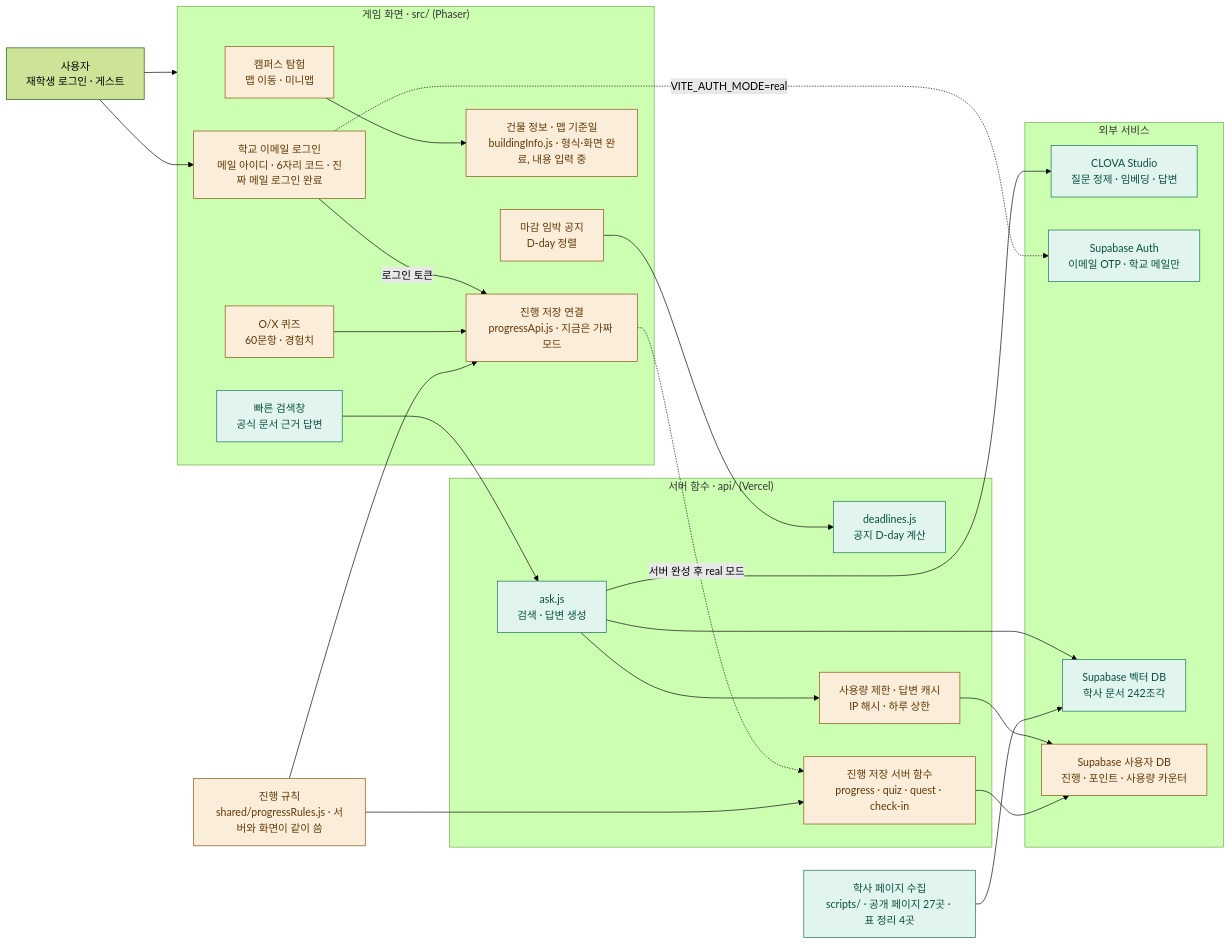
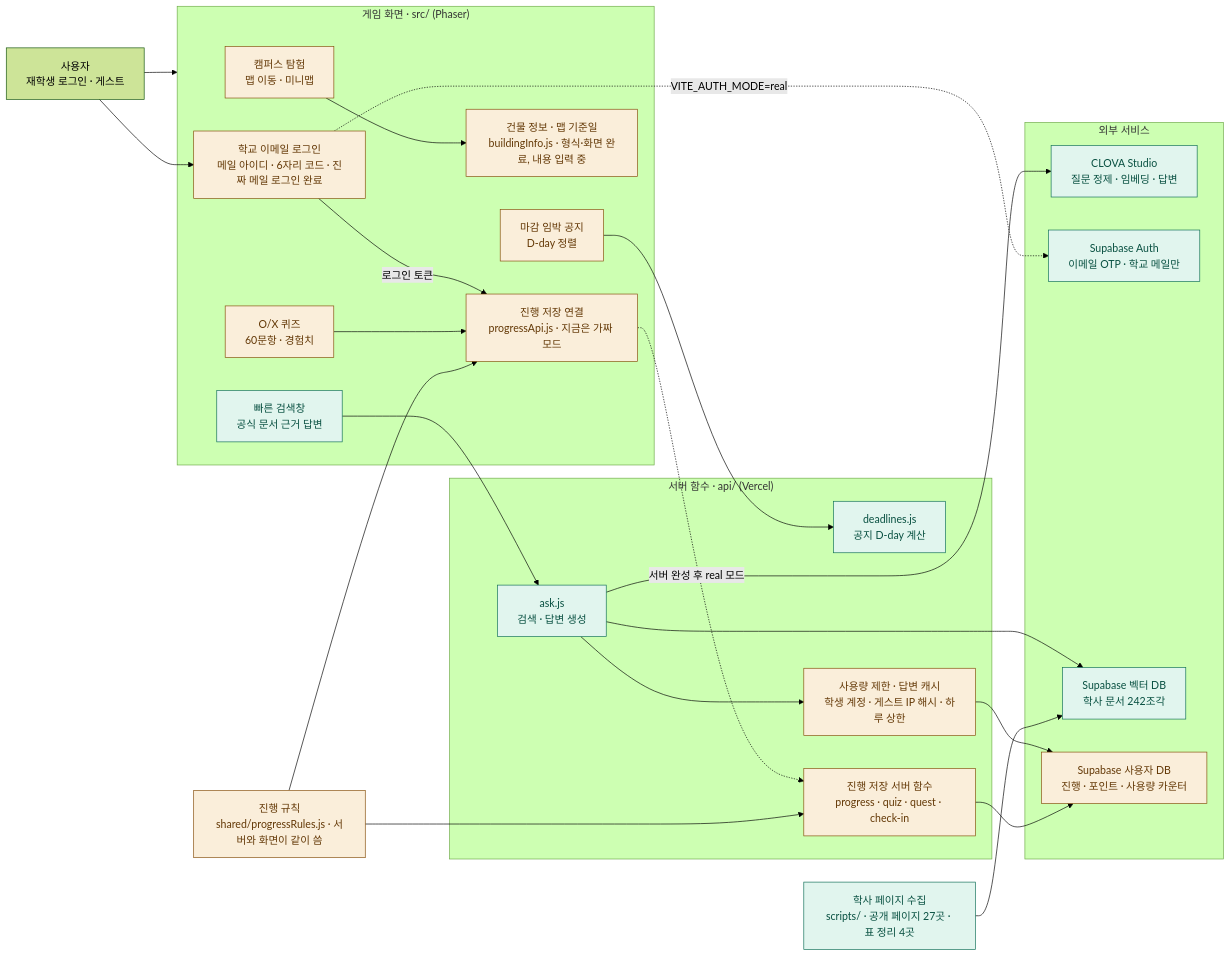
Before and after one commit to 202502859-source/hufs-quest: the diagram in docs/ARCHITECTURE.md, drawn with Mermaid (forest theme). The commit also changed other lines of this file and 8 other files, not shown here.

````diff
--- a/docs/ARCHITECTURE.md
+++ b/docs/ARCHITECTURE.md
@@ -8,57 +8,57 @@
 ```mermaid
 flowchart LR
     user["사용자<br/>재학생 로그인 · 게스트"]
 
     subgraph game["게임 화면 · src/ (Phaser)"]
         explore["캠퍼스 탐험<br/>맵 이동 · 미니맵"]
         search["빠른 검색창<br/>공식 문서 근거 답변"]
         quiz["O/X 퀴즈<br/>60문항 · 경험치"]
         notice["마감 임박 공지<br/>D-day 정렬"]
         mapInfo["건물 정보 · 맵 기준일<br/>buildingInfo.js · 형식·화면 완료, 내용 입력 중"]
         progress["진행 저장 연결<br/>progressApi.js · 지금은 가짜 모드"]
         login["학교 이메일 로그인<br/>메일 아이디 · 6자리 코드 · 진짜 메일 로그인 완료"]
     end
 
     rules["진행 규칙<br/>shared/progressRules.js · 서버와 화면이 같이 씀"]
 
     subgraph server["서버 함수 · api/ (Vercel)"]
         ask["ask.js<br/>검색 · 답변 생성"]
         deadlines["deadlines.js<br/>공지 D-day 계산"]
         newApi["진행 저장 서버 함수<br/>progress · quiz · quest · check-in"]
-        limiter["사용량 제한 · 답변 캐시<br/>IP 해시 · 하루 상한"]
+        limiter["사용량 제한 · 답변 캐시<br/>학생 계정 · 게스트 IP 해시 · 하루 상한"]
     end
 
     subgraph external["외부 서비스"]
         clova["CLOVA Studio<br/>질문 정제 · 임베딩 · 답변"]
         supaAuth["Supabase Auth<br/>이메일 OTP · 학교 메일만"]
         vector["Supabase 벡터 DB<br/>학사 문서 242조각"]
         userDb["Supabase 사용자 DB<br/>진행 · 포인트 · 사용량 카운터"]
     end
 
     collect["학사 페이지 수집<br/>scripts/ · 공개 페이지 27곳 · 표 정리 4곳"]
 
     user --> game
     user --> login
     login -.->|"VITE_AUTH_MODE=real"| supaAuth
     login -->|"로그인 토큰"| progress
     search --> ask
     notice --> deadlines
     quiz --> progress
     progress -.->|"서버 완성 후 real 모드"| newApi
     rules --> progress
     rules --> newApi
     explore --> mapInfo
     ask --> limiter
     limiter --> userDb
     ask --> clova
     ask --> vector
     newApi --> userDb
     collect --> vector
 
     classDef done fill:#E1F5EE,stroke:#0F6E56,color:#085041
     classDef partial fill:#FAEEDA,stroke:#854F0B,color:#633806
     classDef todo fill:#FAECE7,stroke:#993C1D,color:#712B13,stroke-dasharray:5 3
 
     class search,ask,deadlines,clova,vector,collect,supaAuth done
     class explore,quiz,notice,progress,rules,userDb,login,limiter,mapInfo,newApi partial
 ```
````
